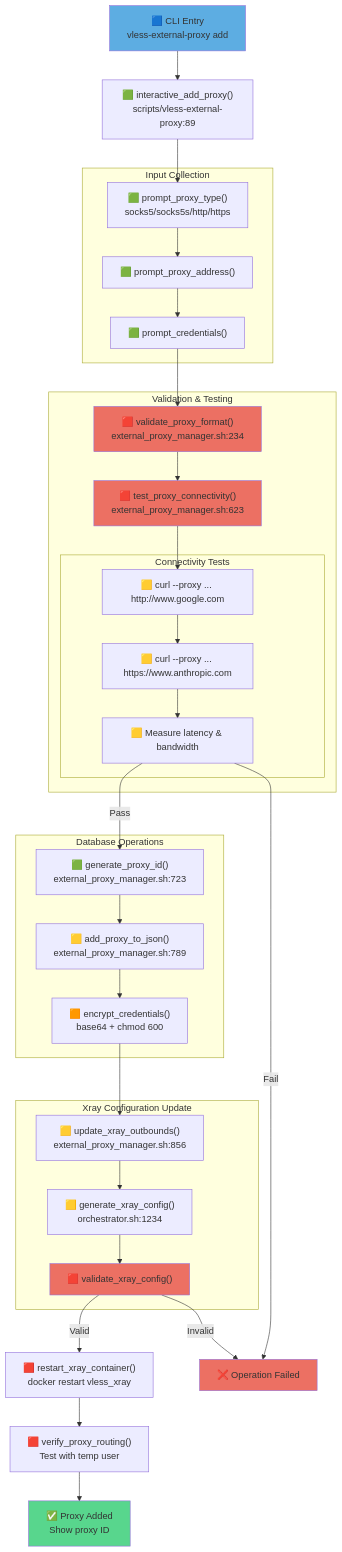
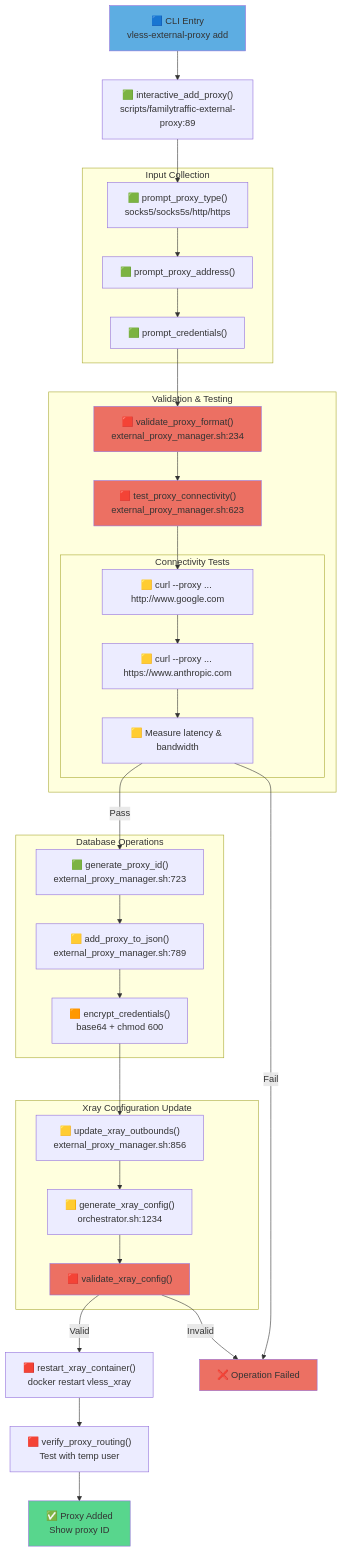
The sixth of 8 diagrams in docs/architecture/diagrams/dependencies/runtime-call-chains.md (ikeniborn/vless), drawn with Mermaid before and after one commit. The commit also changed other lines of this file and 23 other files, not shown here.

First line of the commit message:
refactor(scripts): rename vless-* scripts to familytraffic-* + content fixes

````diff
--- a/docs/architecture/diagrams/dependencies/runtime-call-chains.md
+++ b/docs/architecture/diagrams/dependencies/runtime-call-chains.md
@@ -469,73 +469,73 @@
 ```mermaid
 graph TB
     CLI["🟦 CLI Entry<br/>vless-external-proxy add"]
-    WIZARD["🟩 interactive_add_proxy()<br/>scripts/vless-external-proxy:89"]
+    WIZARD["🟩 interactive_add_proxy()<br/>scripts/familytraffic-external-proxy:89"]
 
     subgraph "Input Collection"
         TYPE["🟩 prompt_proxy_type()<br/>socks5/socks5s/http/https"]
         ADDR["🟩 prompt_proxy_address()"]
         CREDS["🟩 prompt_credentials()"]
     end
 
     subgraph "Validation & Testing"
         VFORMAT["🟥 validate_proxy_format()<br/>external_proxy_manager.sh:234"]
         TEST["🟥 test_proxy_connectivity()<br/>external_proxy_manager.sh:623"]
 
         subgraph "Connectivity Tests"
             TEST1["🟨 curl --proxy ... http://www.google.com"]
             TEST2["🟨 curl --proxy ... https://www.anthropic.com"]
             TEST3["🟨 Measure latency & bandwidth"]
         end
     end
 
     subgraph "Database Operations"
         GENID["🟩 generate_proxy_id()<br/>external_proxy_manager.sh:723"]
         ADD["🟨 add_proxy_to_json()<br/>external_proxy_manager.sh:789"]
         ENCRYPT["🟧 encrypt_credentials()<br/>base64 + chmod 600"]
     end
 
     subgraph "Xray Configuration Update"
         UPDATEOUT["🟨 update_xray_outbounds()<br/>external_proxy_manager.sh:856"]
         GENCONFIG["🟨 generate_xray_config()<br/>orchestrator.sh:1234"]
         VALIDATE["🟥 validate_xray_config()"]
     end
 
     RESTART["🟥 restart_xray_container()<br/>docker restart vless_xray"]
     VERIFY["🟥 verify_proxy_routing()<br/>Test with temp user"]
     SUCCESS["✅ Proxy Added<br/>Show proxy ID"]
     FAIL["❌ Operation Failed"]
 
     CLI --> WIZARD
     WIZARD --> TYPE
     TYPE --> ADDR
     ADDR --> CREDS
 
     CREDS --> VFORMAT
     VFORMAT --> TEST
     TEST --> TEST1
     TEST1 --> TEST2
     TEST2 --> TEST3
 
     TEST3 -->|Pass| GENID
     TEST3 -->|Fail| FAIL
 
     GENID --> ADD
     ADD --> ENCRYPT
     ENCRYPT --> UPDATEOUT
 
     UPDATEOUT --> GENCONFIG
     GENCONFIG --> VALIDATE
 
     VALIDATE -->|Valid| RESTART
     VALIDATE -->|Invalid| FAIL
 
     RESTART --> VERIFY
     VERIFY --> SUCCESS
 
     style CLI fill:#5dade2
     style VFORMAT fill:#ec7063
     style TEST fill:#ec7063
     style VALIDATE fill:#ec7063
     style SUCCESS fill:#58d68d
     style FAIL fill:#ec7063
 ```
````
